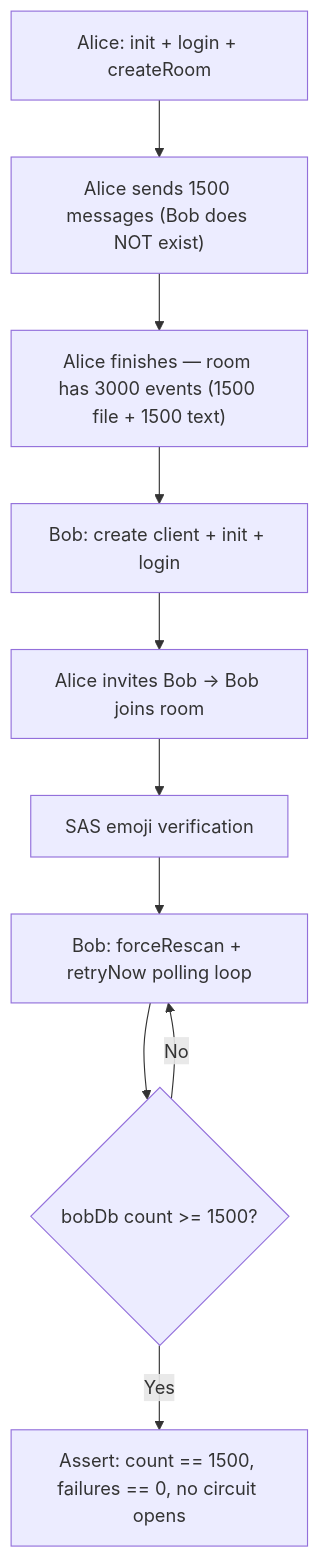
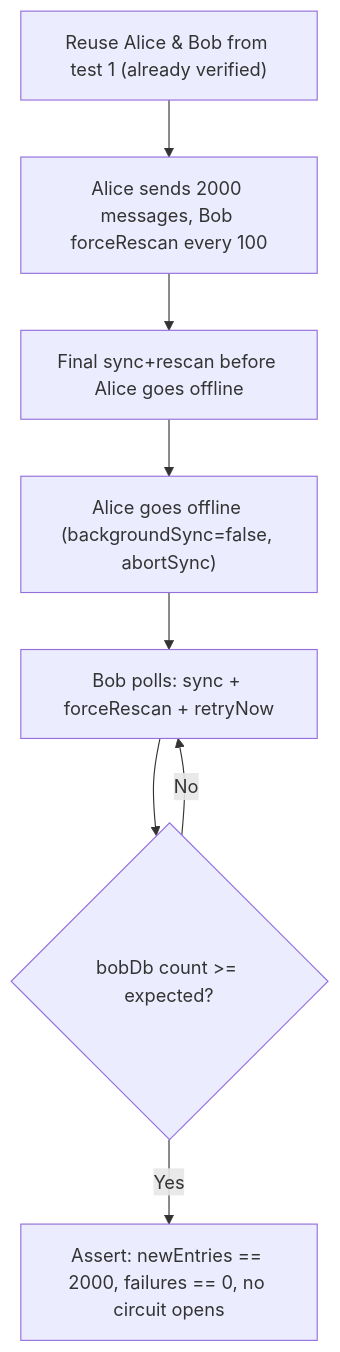
One commit to matthiasn/lotti changed the diagram in docs/implementation_plans/2026-03-15_offline_convergence_test.md. Above: the diagram before and after it, drawn with Mermaid. The commit also changed other lines of this file and 2 other files, not shown here.

````diff
--- a/docs/implementation_plans/2026-03-15_offline_convergence_test.md
+++ b/docs/implementation_plans/2026-03-15_offline_convergence_test.md
@@ -9,13 +9,11 @@
 ```mermaid
 flowchart TD
-    A1["Alice: init + login + createRoom"] --> A2
-    A2["Alice sends 1500 messages (Bob does NOT exist)"] --> A3
-    A3["Alice finishes — room has 3000 events (1500 file + 1500 text)"] --> B1
-    B1["Bob: create client + init + login"] --> B2
-    B2["Alice invites Bob → Bob joins room"] --> B3
-    B3["SAS emoji verification"] --> B4
-    B4["Bob: forceRescan + retryNow polling loop"] --> B5
-    B5{"bobDb count >= 1500?"} -->|No| B4
-    B5 -->|Yes| C1
-    C1["Assert: count == 1500, failures == 0, no circuit opens"]
+    A1["Reuse Alice & Bob from test 1 (already verified)"] --> A2
+    A2["Alice sends 2000 messages, Bob forceRescan every 100"] --> A3
+    A3["Final sync+rescan before Alice goes offline"] --> A4
+    A4["Alice goes offline (backgroundSync=false, abortSync)"] --> B1
+    B1["Bob polls: sync + forceRescan + retryNow"] --> B2
+    B2{"bobDb count >= expected?"} -->|No| B1
+    B2 -->|Yes| C1
+    C1["Assert: newEntries == 2000, failures == 0, no circuit opens"]
 ```
````
